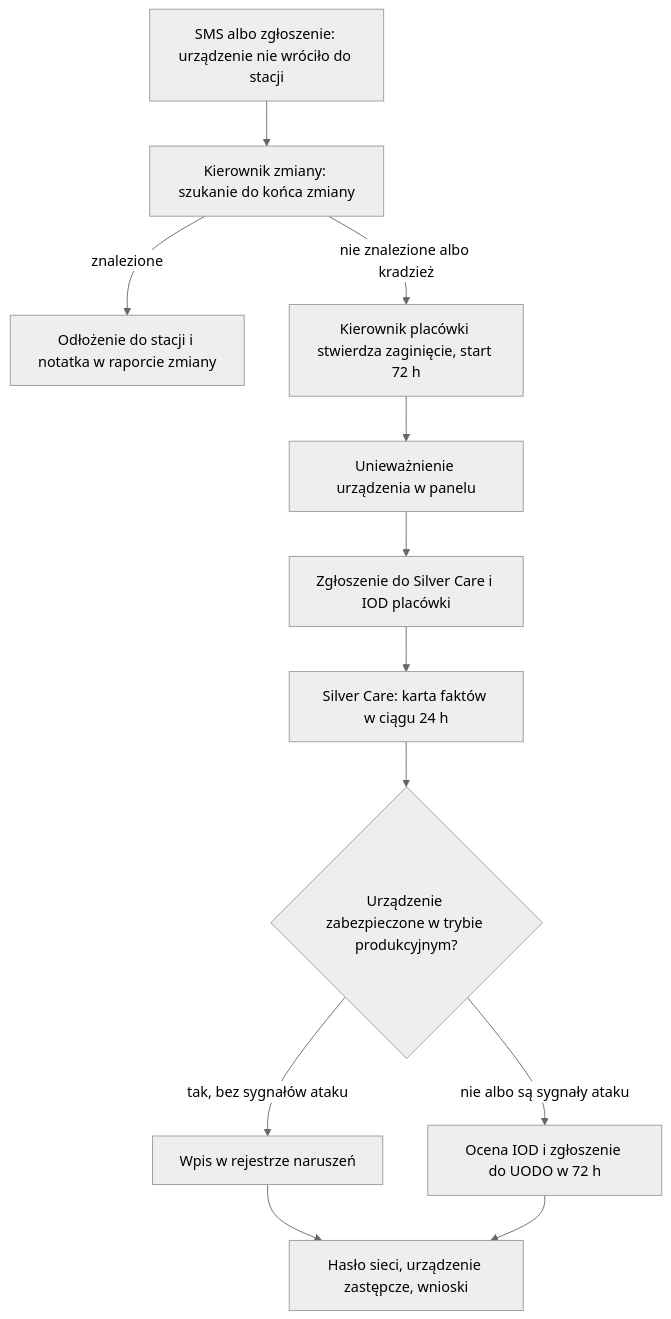
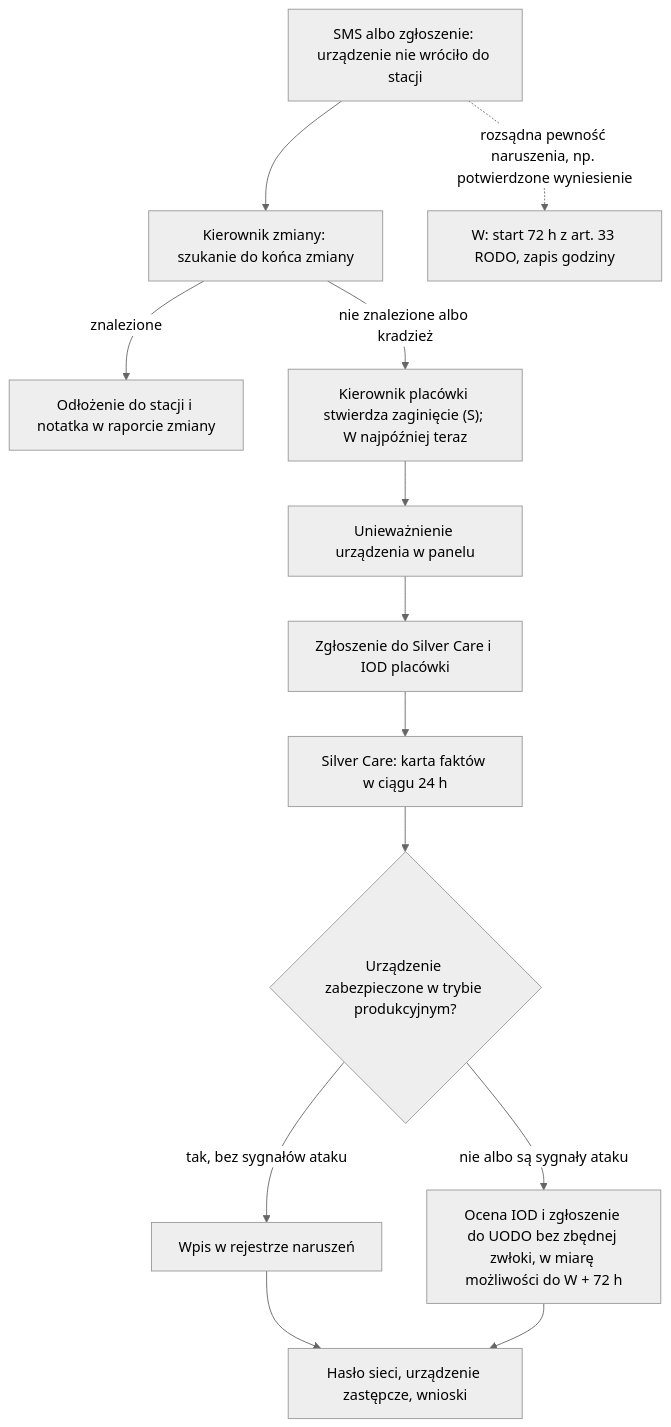
The diagram in docs/procedury/ZGUBIENIE_URZADZENIA.md (aiprojectmanagersznurowski-afk/silver_care), drawn with Mermaid (neutral theme) before and after one commit. The commit also changed other lines of this file, not shown here.

First line of the commit message:
docs(voice): termin 72 h z art. 33 od rozsądnej pewności naruszenia (W), nie od stwierdzenia zaginięcia [#344]

````diff
--- a/docs/procedury/ZGUBIENIE_URZADZENIA.md
+++ b/docs/procedury/ZGUBIENIE_URZADZENIA.md
@@ -56,14 +56,15 @@
 ```mermaid
 flowchart TD
     A["SMS albo zgłoszenie: urządzenie nie wróciło do stacji"] --> B["Kierownik zmiany: szukanie do końca zmiany"]
     B -->|znalezione| C["Odłożenie do stacji i notatka w raporcie zmiany"]
-    B -->|nie znalezione albo kradzież| D["Kierownik placówki stwierdza zaginięcie, start 72 h"]
+    A -.->|rozsądna pewność naruszenia, np. potwierdzone wyniesienie| W["W: start 72 h z art. 33 RODO, zapis godziny"]
+    B -->|nie znalezione albo kradzież| D["Kierownik placówki stwierdza zaginięcie (S); W najpóźniej teraz"]
     D --> E["Unieważnienie urządzenia w panelu"]
     E --> F["Zgłoszenie do Silver Care i IOD placówki"]
     F --> G["Silver Care: karta faktów w ciągu 24 h"]
     G --> H{"Urządzenie zabezpieczone w trybie produkcyjnym?"}
     H -->|tak, bez sygnałów ataku| I["Wpis w rejestrze naruszeń"]
-    H -->|nie albo są sygnały ataku| J["Ocena IOD i zgłoszenie do UODO w 72 h"]
+    H -->|nie albo są sygnały ataku| J["Ocena IOD i zgłoszenie do UODO bez zbędnej zwłoki, w miarę możliwości do W + 72 h"]
     I --> K["Hasło sieci, urządzenie zastępcze, wnioski"]
     J --> K
 ```
````
